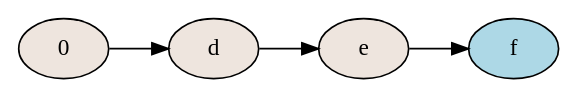
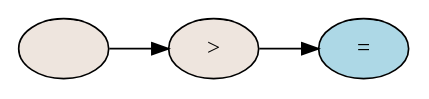
The diagram in text_grafico.dot (Cruz-Zapil/AnalizadorLexico1), drawn with Graphviz before and after one commit. The commit also changed 9 other files, not shown here.

```diff
--- a/text_grafico.dot
+++ b/text_grafico.dot
@@ -1,11 +1,9 @@
 digraph grafica{
 rankdir=LR;
 node [shape = ellipse, style=filled, fillcolor=seashell2];
-nodo7[label="0"];
-nodo8[label="d"];
-nodo9[label="e"];
-nodo10[label="f", style=filled, fillcolor=lightblue, shape=ellipse];
-nodo9->nodo10
-nodo8->nodo9
-nodo7->nodo8
+nodo16[label=" "];
+nodo17[label=">"];
+nodo18[label="=", style=filled, fillcolor=lightblue, shape=ellipse];
+nodo17->nodo18
+nodo16->nodo17
 }
```
